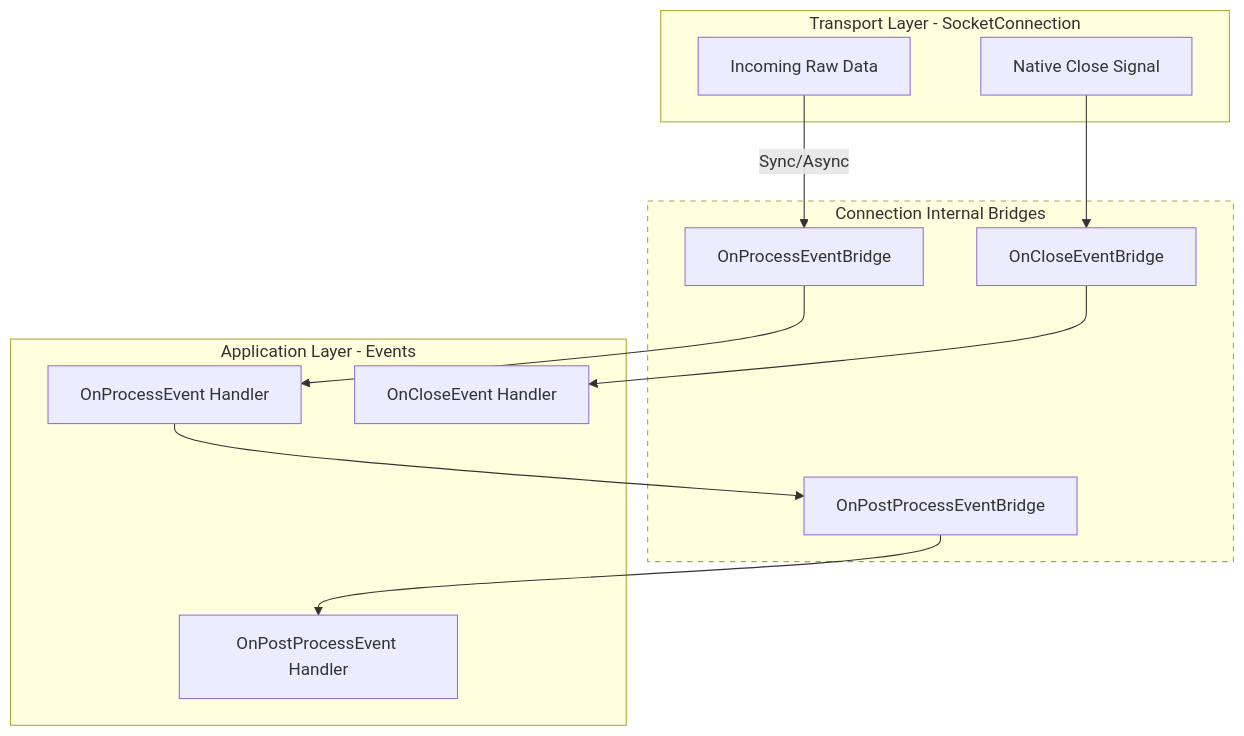
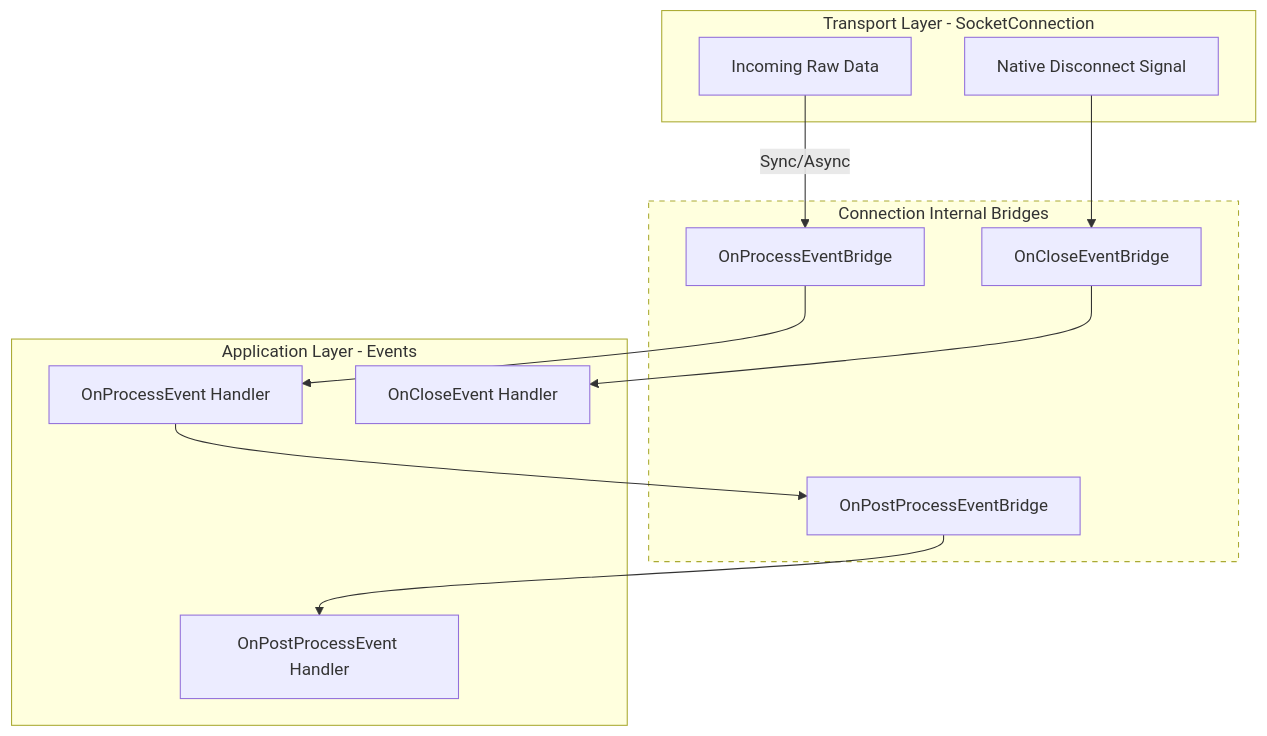
Before and after one commit to ppn-systems/Nalix: the diagram in docs/api/network/connection/connection.md, drawn with Mermaid. The commit also changed other lines of this file and 18 other files, not shown here.

````diff
--- a/docs/api/network/connection/connection.md
+++ b/docs/api/network/connection/connection.md
@@ -23,29 +23,29 @@
 ```mermaid
 flowchart TD
     subgraph Transport[Transport Layer - SocketConnection]
         RawData[Incoming Raw Data]
-        RawClose[Native Close Signal]
+        RawClose[Native Disconnect Signal]
     end
 
     subgraph Hub[Connection Internal Bridges]
         ProcessBridge[OnProcessEventBridge]
         PostBridge[OnPostProcessEventBridge]
         CloseBridge[OnCloseEventBridge]
     end
 
     subgraph App[Application Layer - Events]
         OnProcess[OnProcessEvent Handler]
         OnPost[OnPostProcessEvent Handler]
         OnClose[OnCloseEvent Handler]
     end
 
     RawData -->|Sync/Async| ProcessBridge
     ProcessBridge --> OnProcess
     OnProcess --> PostBridge
     PostBridge --> OnPost
     
     RawClose --> CloseBridge
     CloseBridge --> OnClose
 
     style Hub stroke-dasharray: 5 5
 ```
````
